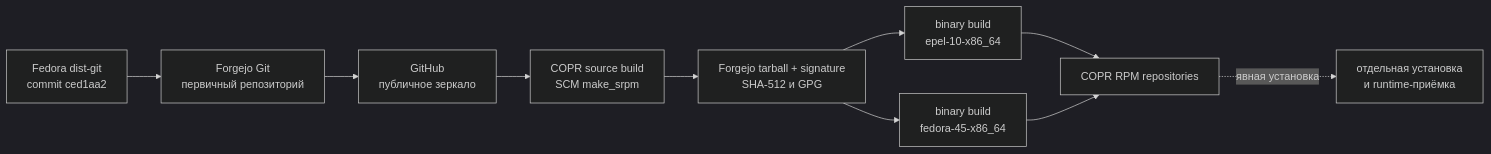
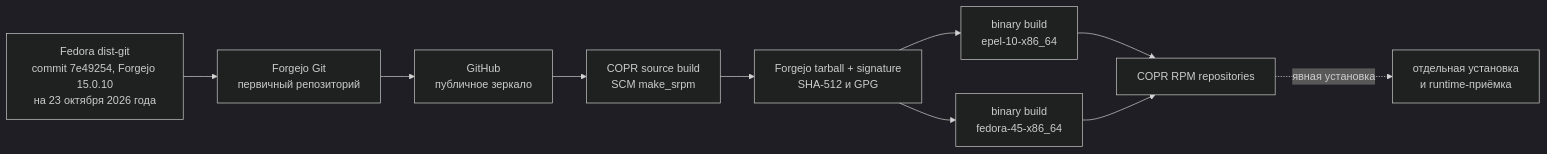
The diagram in docs/architecture.md (nos1609/forgejo-pam), drawn with Mermaid (dark theme) before and after one commit. The commit also changed 4 other files, not shown here.

````diff
--- a/docs/architecture.md
+++ b/docs/architecture.md
@@ -11,18 +11,18 @@
 ```mermaid
 flowchart LR
-    FEDORA["Fedora dist-git<br/>commit ced1aa2"]
+    FEDORA["Fedora dist-git<br/>commit 7e49254, Forgejo 15.0.10<br/>на 23 октября 2026 года"]
     PRIMARY["Forgejo Git<br/>первичный репозиторий"]
     GITHUB["GitHub<br/>публичное зеркало"]
     SOURCE["COPR source build<br/>SCM make_srpm"]
     VERIFY["Forgejo tarball + signature<br/>SHA-512 и GPG"]
     EPEL["binary build<br/>epel-10-x86_64"]
     F45["binary build<br/>fedora-45-x86_64"]
     REPO["COPR RPM repositories"]
     HOST["отдельная установка<br/>и runtime-приёмка"]
 
     FEDORA --> PRIMARY --> GITHUB --> SOURCE
     SOURCE --> VERIFY
     VERIFY --> EPEL --> REPO
     VERIFY --> F45 --> REPO
     REPO -. "явная установка" .-> HOST
 ```
````
